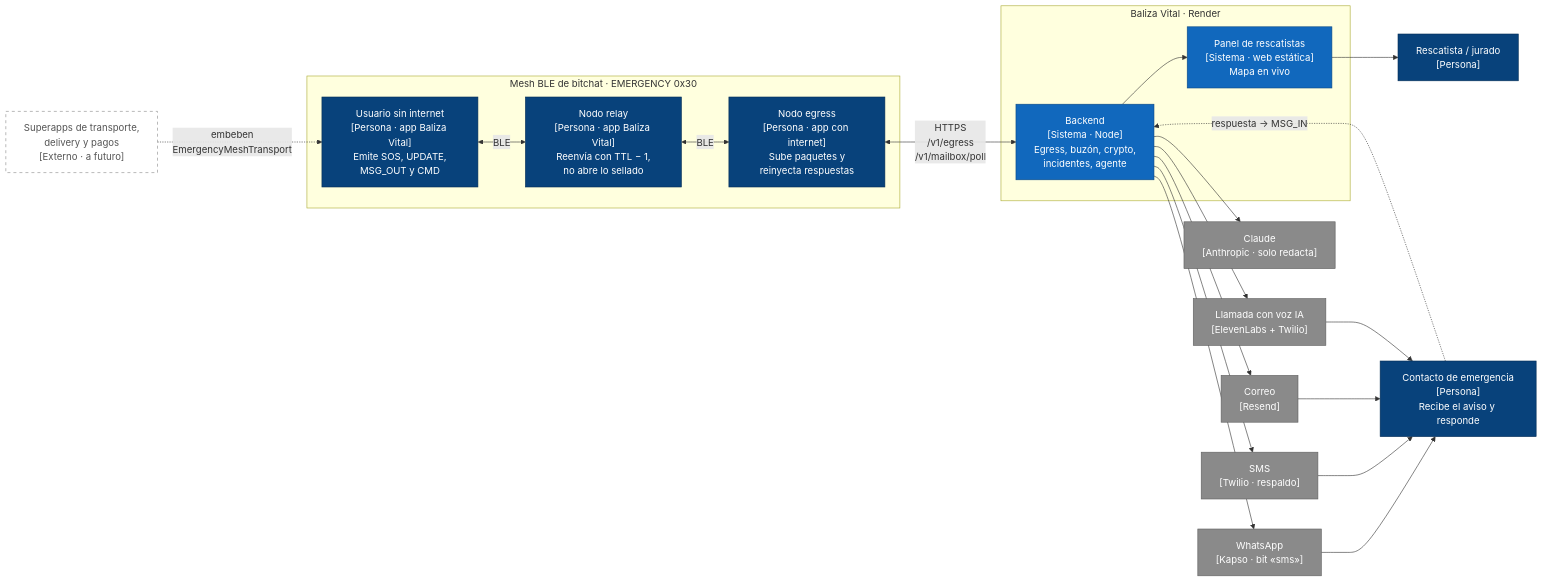
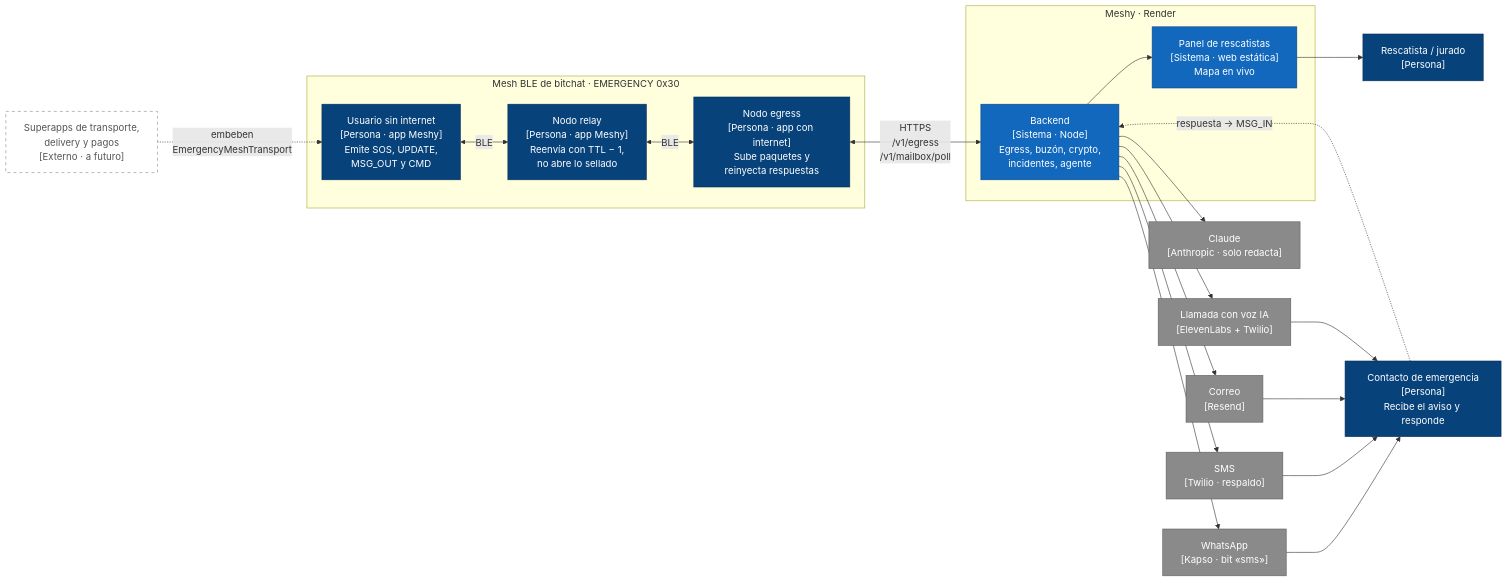
The diagram in docs/diagramas/01-c4-contexto.md (platanus-hack/platanus-hack-26-ve-team-15), drawn with Mermaid before and after one commit. The commit also changed other lines of this file and 30 other files, not shown here.

````diff
--- a/docs/diagramas/01-c4-contexto.md
+++ b/docs/diagramas/01-c4-contexto.md
@@ -10,45 +10,45 @@
 ```mermaid
 flowchart LR
   classDef person fill:#08427b,stroke:#052e56,color:#fff
   classDef system fill:#1168bd,stroke:#0b4884,color:#fff
   classDef ext fill:#8a8a8a,stroke:#5e5e5e,color:#fff
   classDef future fill:#fff,stroke:#8a8a8a,color:#555,stroke-dasharray:5 5
 
   superapps["Superapps de transporte,<br/>delivery y pagos<br/>[Externo · a futuro]"]:::future
 
   subgraph mesh["Mesh BLE de bitchat · EMERGENCY 0x30"]
-    usuario["Usuario sin internet<br/>[Persona · app Baliza Vital]<br/>Emite SOS, UPDATE,<br/>MSG_OUT y CMD"]:::person
-    relay["Nodo relay<br/>[Persona · app Baliza Vital]<br/>Reenvía con TTL − 1,<br/>no abre lo sellado"]:::person
+    usuario["Usuario sin internet<br/>[Persona · app Meshy]<br/>Emite SOS, UPDATE,<br/>MSG_OUT y CMD"]:::person
+    relay["Nodo relay<br/>[Persona · app Meshy]<br/>Reenvía con TTL − 1,<br/>no abre lo sellado"]:::person
     egress["Nodo egress<br/>[Persona · app con internet]<br/>Sube paquetes y<br/>reinyecta respuestas"]:::person
   end
 
-  subgraph bv["Baliza Vital · Render"]
+  subgraph bv["Meshy · Render"]
     backend["Backend<br/>[Sistema · Node]<br/>Egress, buzón, crypto,<br/>incidentes, agente"]:::system
     panel["Panel de rescatistas<br/>[Sistema · web estática]<br/>Mapa en vivo"]:::system
   end
 
   llm["Claude<br/>[Anthropic · solo redacta]"]:::ext
   wa["WhatsApp<br/>[Kapso · bit «sms»]"]:::ext
   sms["SMS<br/>[Twilio · respaldo]"]:::ext
   mail["Correo<br/>[Resend]"]:::ext
   voz["Llamada con voz IA<br/>[ElevenLabs + Twilio]"]:::ext
   contacto["Contacto de emergencia<br/>[Persona]<br/>Recibe el aviso y responde"]:::person
   rescatista["Rescatista / jurado<br/>[Persona]"]:::person
 
   superapps -.->|"embeben<br/>EmergencyMeshTransport"| usuario
   usuario <-->|"BLE"| relay
   relay <-->|"BLE"| egress
   egress <-->|"HTTPS<br/>/v1/egress<br/>/v1/mailbox/poll"| backend
   backend --> llm
   backend --> panel
   panel --> rescatista
   backend --> wa
   backend --> sms
   backend --> mail
   backend --> voz
   wa --> contacto
   sms --> contacto
   mail --> contacto
   voz --> contacto
   contacto -.->|"respuesta → MSG_IN"| backend
 ```
````
